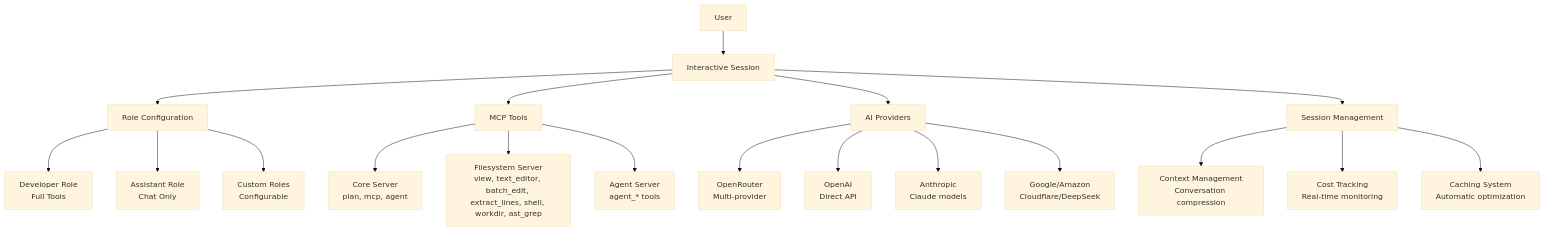
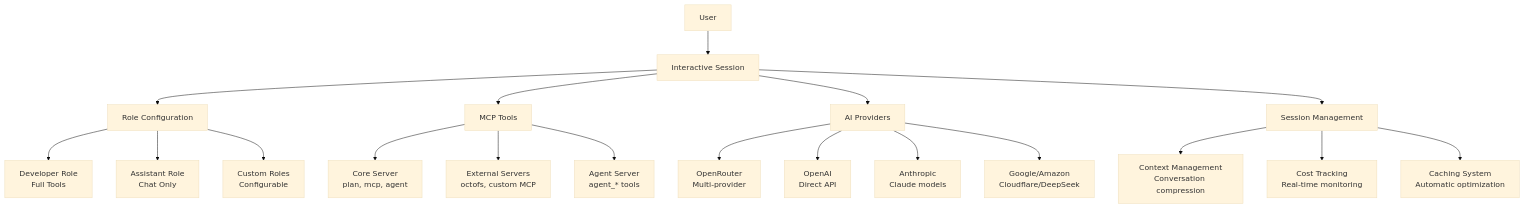
One commit to Muvon/octomind changed the diagram in doc/02-overview.md. Above: the diagram before and after it, drawn with Mermaid (base theme). The commit also changed other lines of this file and 4 other files, not shown here.

First line of the commit message:
docs(config): migrate filesystem server to external octofs

````diff
--- a/doc/02-overview.md
+++ b/doc/02-overview.md
@@ -18,25 +18,25 @@
 ```mermaid
 graph TB
     A[User] --> B[Interactive Session]
     B --> C[Role Configuration]
     B --> D[MCP Tools]
     B --> E[AI Providers]
     B --> F[Session Management]
 
     C --> G[Developer Role<br/>Full Tools]
     C --> H[Assistant Role<br/>Chat Only]
     C --> I[Custom Roles<br/>Configurable]
 
     D --> J[Core Server<br/>plan, mcp, agent]
-    D --> K[Filesystem Server<br/>view, text_editor, batch_edit, extract_lines, shell, workdir, ast_grep]
+    D --> K[External Servers<br/>octofs, custom MCP]
     D --> L[Agent Server<br/>agent_* tools]
 
     E --> M[OpenRouter<br/>Multi-provider]
     E --> N[OpenAI<br/>Direct API]
     E --> O[Anthropic<br/>Claude models]
     E --> P[Google/Amazon<br/>Cloudflare/DeepSeek]
 
     F --> Q[Context Management<br/>Conversation compression]
     F --> R[Cost Tracking<br/>Real-time monitoring]
     F --> S[Caching System<br/>Automatic optimization]
 ```
````
